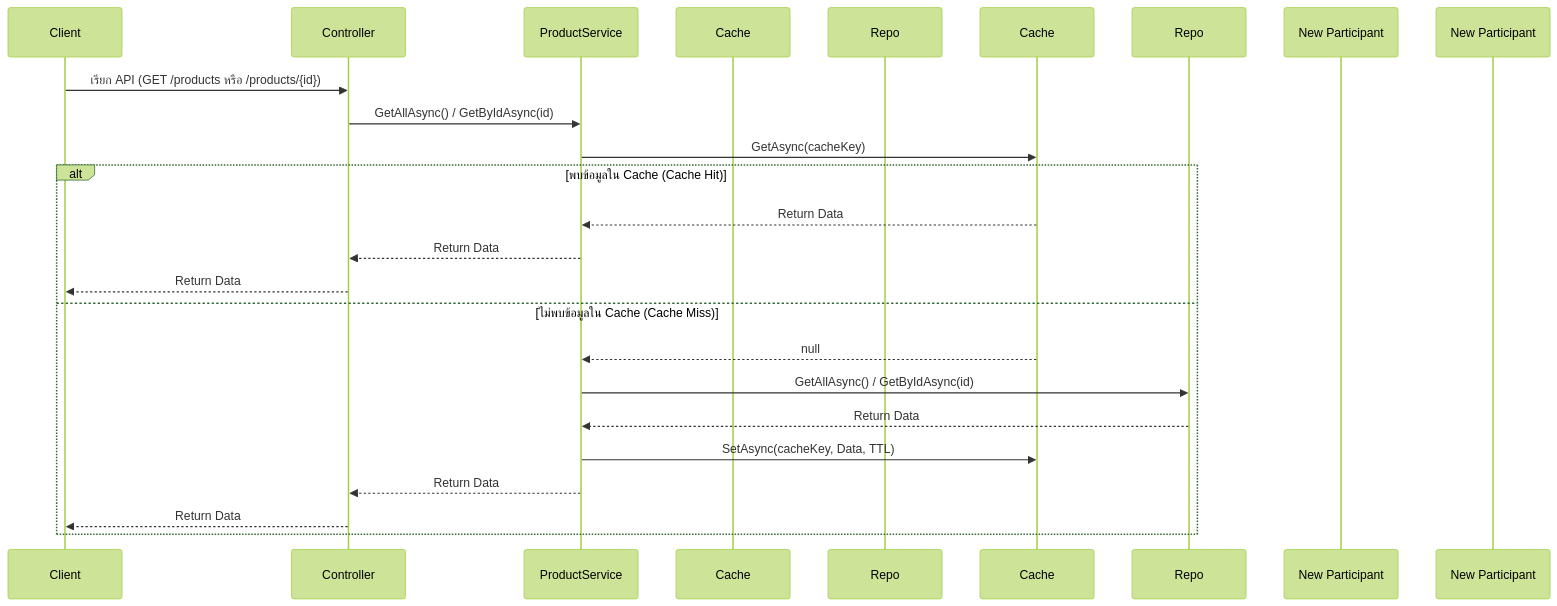
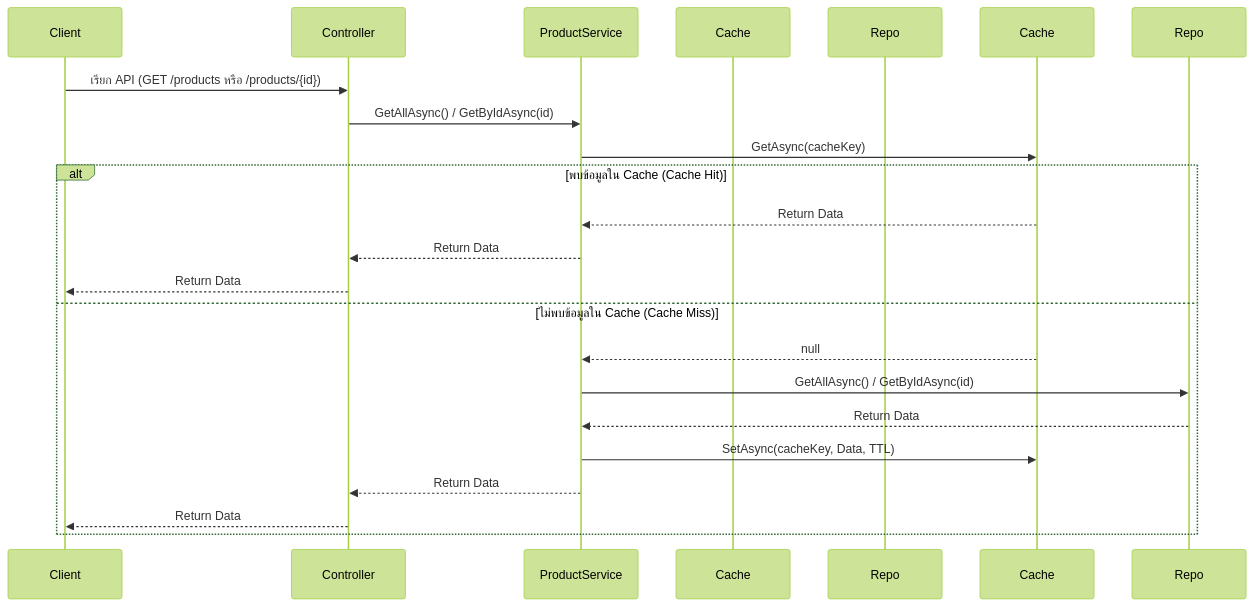
The first of 3 diagrams in README.md (nuchit2019/ProductAPI_Redis_Serilog_Seq), drawn with Mermaid (forest theme) before and after one commit. The commit also changed other lines of this file, not shown here.

````diff
--- a/README.md
+++ b/README.md
@@ -331,28 +331,27 @@
 ```mermaid
 sequenceDiagram
   participant Client as Client
   participant Controller as Controller
   participant ProductService as ProductService
   participant RedisCacheService as Cache
   participant ProductRepository as Repo
   participant Cache as Cache
   participant Repo as Repo
-  participant P1 as New Participant
-  participant P2 as New Participant
 
   Client ->> Controller: เรียก API (GET /products หรือ /products/{id})
   Controller ->> ProductService: GetAllAsync() / GetByIdAsync(id)
   ProductService ->> Cache: GetAsync(cacheKey)
   alt พบข้อมูลใน Cache (Cache Hit)
     Cache -->> ProductService: Return Data
     ProductService -->> Controller: Return Data
     Controller -->> Client: Return Data
   else ไม่พบข้อมูลใน Cache (Cache Miss)
     Cache -->> ProductService: null
     ProductService ->> Repo: GetAllAsync() / GetByIdAsync(id)
     Repo -->> ProductService: Return Data
     ProductService ->> Cache: SetAsync(cacheKey, Data, TTL)
     ProductService -->> Controller: Return Data
     Controller -->> Client: Return Data
   end
+
 ```
````
